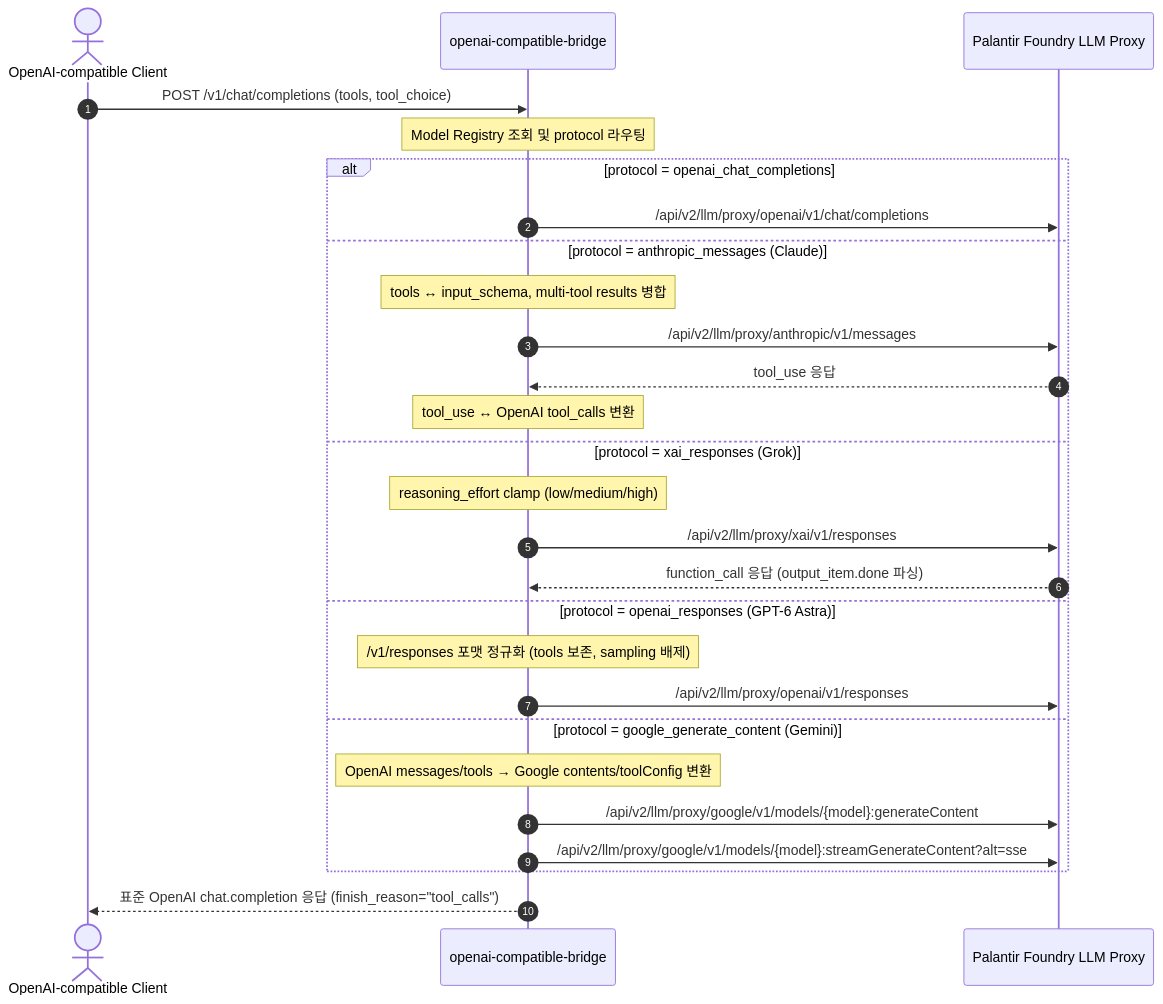
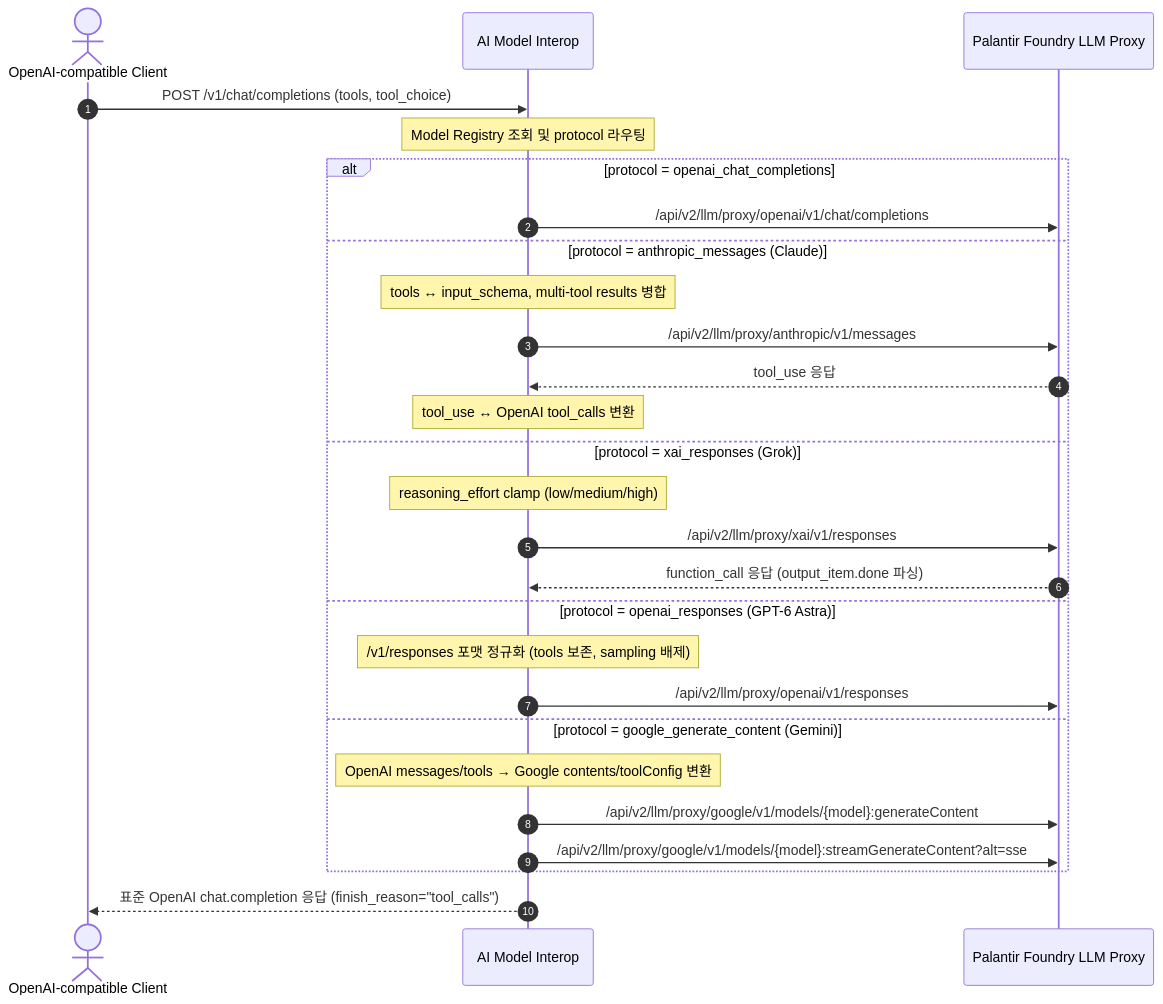
One commit to pureliture/ai-model-interop changed the diagram in README.md. Above: the diagram before and after it, drawn with Mermaid. The commit also changed other lines of this file and 6 other files, not shown here.

Commit message:
chore: update public identity to AI Model Interop

````diff
--- a/README.md
+++ b/README.md
@@ -110,32 +110,32 @@
 ```mermaid
 sequenceDiagram
     autonumber
     actor Client as OpenAI-compatible Client
-    participant Bridge as openai-compatible-bridge
+    participant Bridge as AI Model Interop
     participant Foundry as Palantir Foundry LLM Proxy
 
     Client->>Bridge: POST /v1/chat/completions (tools, tool_choice)
     Note over Bridge: Model Registry 조회 및 protocol 라우팅
 
     alt protocol = openai_chat_completions
         Bridge->>Foundry: /api/v2/llm/proxy/openai/v1/chat/completions
     else protocol = anthropic_messages (Claude)
         Note over Bridge: tools ↔ input_schema, multi-tool results 병합
         Bridge->>Foundry: /api/v2/llm/proxy/anthropic/v1/messages
         Foundry-->>Bridge: tool_use 응답
         Note over Bridge: tool_use ↔ OpenAI tool_calls 변환
     else protocol = xai_responses (Grok)
         Note over Bridge: reasoning_effort clamp (low/medium/high)
         Bridge->>Foundry: /api/v2/llm/proxy/xai/v1/responses
         Foundry-->>Bridge: function_call 응답 (output_item.done 파싱)
     else protocol = openai_responses (GPT-6 Astra)
         Note over Bridge: /v1/responses 포맷 정규화 (tools 보존, sampling 배제)
         Bridge->>Foundry: /api/v2/llm/proxy/openai/v1/responses
     else protocol = google_generate_content (Gemini)
         Note over Bridge: OpenAI messages/tools → Google contents/toolConfig 변환
         Bridge->>Foundry: /api/v2/llm/proxy/google/v1/models/{model}:generateContent
         Bridge->>Foundry: /api/v2/llm/proxy/google/v1/models/{model}:streamGenerateContent?alt=sse
     end
 
     Bridge-->>Client: 표준 OpenAI chat.completion 응답 (finish_reason="tool_calls")
 ```
````
